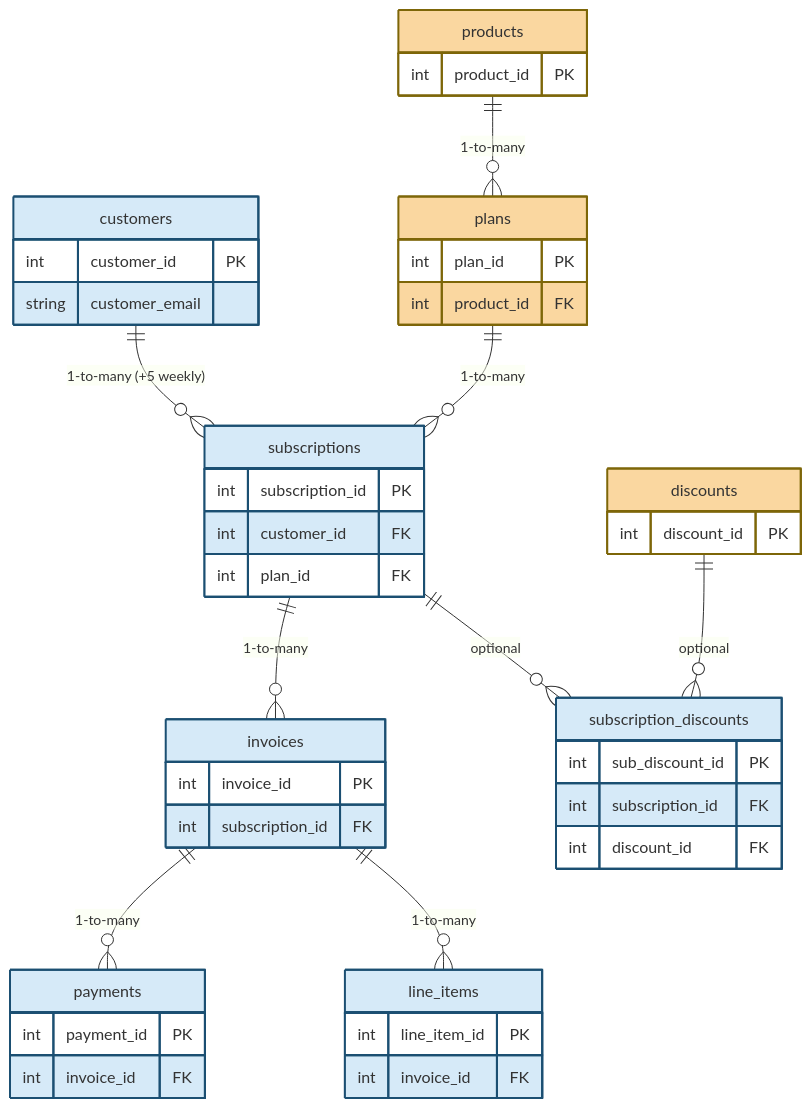
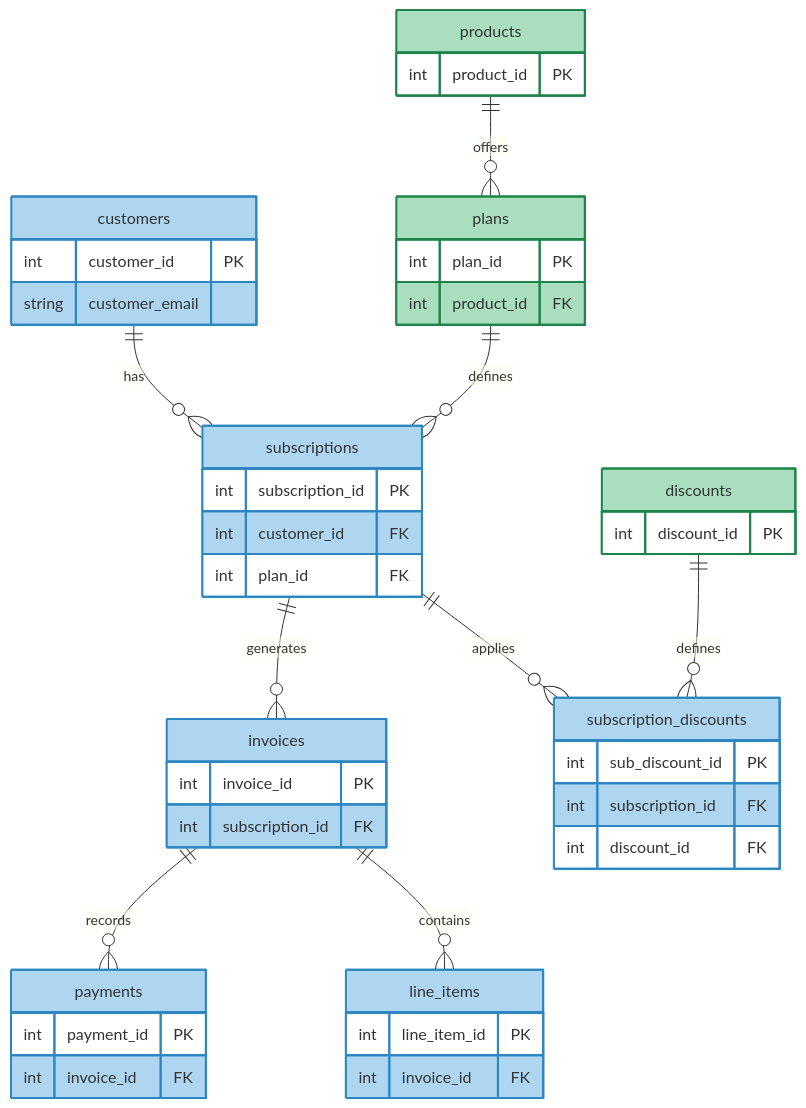
Before and after one commit to jugal-chauhan04/DataFlowIQ: the second of 2 diagrams in load/readme.md, drawn with Mermaid. The commit also changed other lines of this file, not shown here.

Commit message:
Created mermaid diagram for schema

````diff
--- a/load/readme.md
+++ b/load/readme.md
@@ -138,61 +151,61 @@
 ```mermaid
 erDiagram
     customers {
         int customer_id PK
         string customer_email
     }
     subscriptions {
         int subscription_id PK
         int customer_id FK
         int plan_id FK
     }
     invoices {
         int invoice_id PK
         int subscription_id FK
     }
     payments {
         int payment_id PK
         int invoice_id FK
     }
     line_items {
         int line_item_id PK
         int invoice_id FK
     }
     subscription_discounts {
         int sub_discount_id PK
         int subscription_id FK
         int discount_id FK
     }
     products {
         int product_id PK
     }
     plans {
         int plan_id PK
         int product_id FK
     }
     discounts {
         int discount_id PK
     }
 
-    customers ||--o{ subscriptions : "1-to-many (+5 weekly)"
-    subscriptions ||--o{ invoices : "1-to-many"
-    invoices ||--o{ payments : "1-to-many"
-    invoices ||--o{ line_items : "1-to-many"
-    subscriptions ||--o{ subscription_discounts : "optional"
-    products ||--o{ plans : "1-to-many"
-    plans ||--o{ subscriptions : "1-to-many"
-    discounts ||--o{ subscription_discounts : "optional"
+    customers ||--o{ subscriptions : "has"
+    subscriptions ||--o{ invoices : "generates"
+    invoices ||--o{ payments : "records"
+    invoices ||--o{ line_items : "contains"
+    subscriptions ||--o{ subscription_discounts : "applies"
+    products ||--o{ plans : "offers"
+    plans ||--o{ subscriptions : "defines"
+    discounts ||--o{ subscription_discounts : "defines"
 
-    %% Style dynamic tables (blue)
-    style customers fill:#D6EAF8,stroke:#1B4F72,stroke-width:2px
-    style subscriptions fill:#D6EAF8,stroke:#1B4F72,stroke-width:2px
-    style invoices fill:#D6EAF8,stroke:#1B4F72,stroke-width:2px
-    style payments fill:#D6EAF8,stroke:#1B4F72,stroke-width:2px
-    style line_items fill:#D6EAF8,stroke:#1B4F72,stroke-width:2px
-    style subscription_discounts fill:#D6EAF8,stroke:#1B4F72,stroke-width:2px
+    %% Style dynamic tables (pastel blue)
+    style customers fill:#AED6F1,stroke:#2E86C1,stroke-width:2px
+    style subscriptions fill:#AED6F1,stroke:#2E86C1,stroke-width:2px
+    style invoices fill:#AED6F1,stroke:#2E86C1,stroke-width:2px
+    style payments fill:#AED6F1,stroke:#2E86C1,stroke-width:2px
+    style line_items fill:#AED6F1,stroke:#2E86C1,stroke-width:2px
+    style subscription_discounts fill:#AED6F1,stroke:#2E86C1,stroke-width:2px
 
-    %% Style static tables (orange)
-    style products fill:#FAD7A0,stroke:#7D6608,stroke-width:2px
-    style plans fill:#FAD7A0,stroke:#7D6608,stroke-width:2px
-    style discounts fill:#FAD7A0,stroke:#7D6608,stroke-width:2px
+    %% Style static tables (pastel green)
+    style products fill:#A9DFBF,stroke:#1D8348,stroke-width:2px
+    style plans fill:#A9DFBF,stroke:#1D8348,stroke-width:2px
+    style discounts fill:#A9DFBF,stroke:#1D8348,stroke-width:2px
 ```
````
